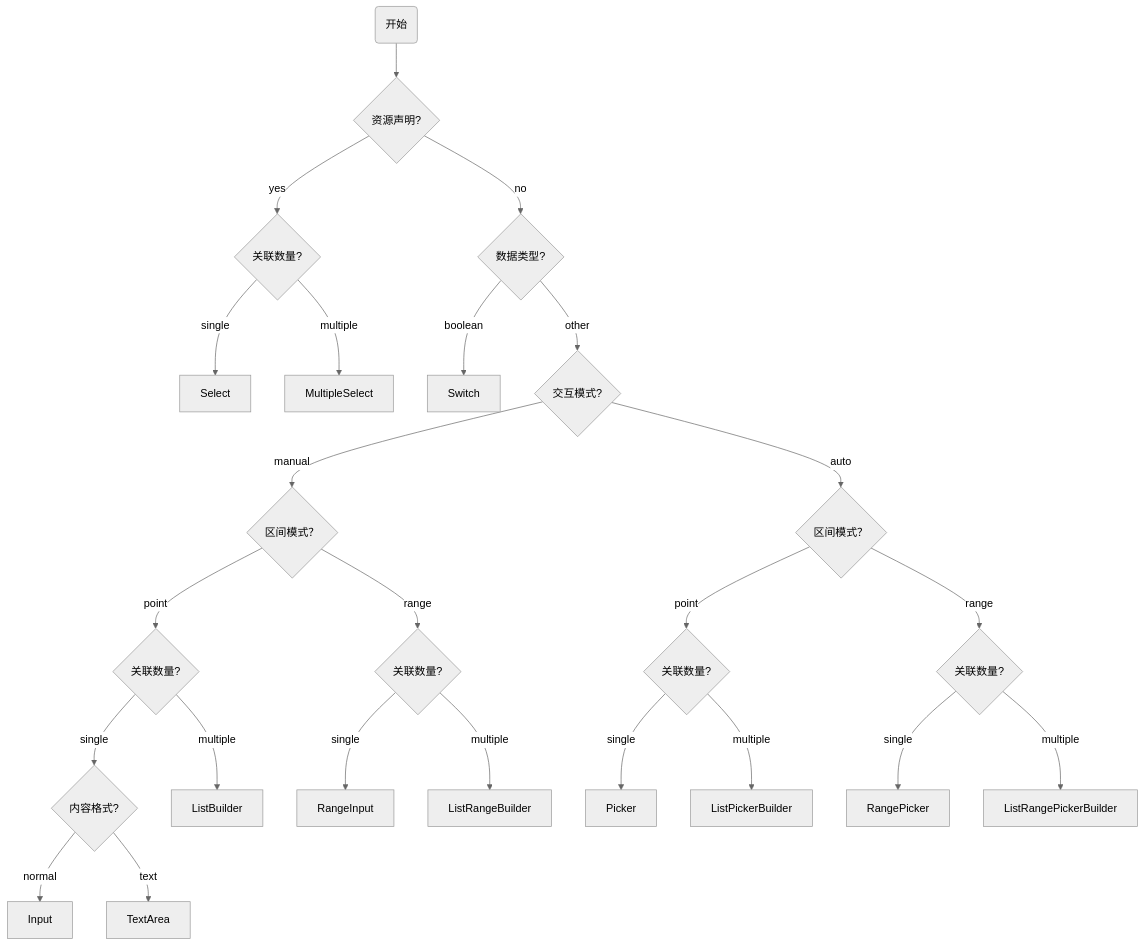
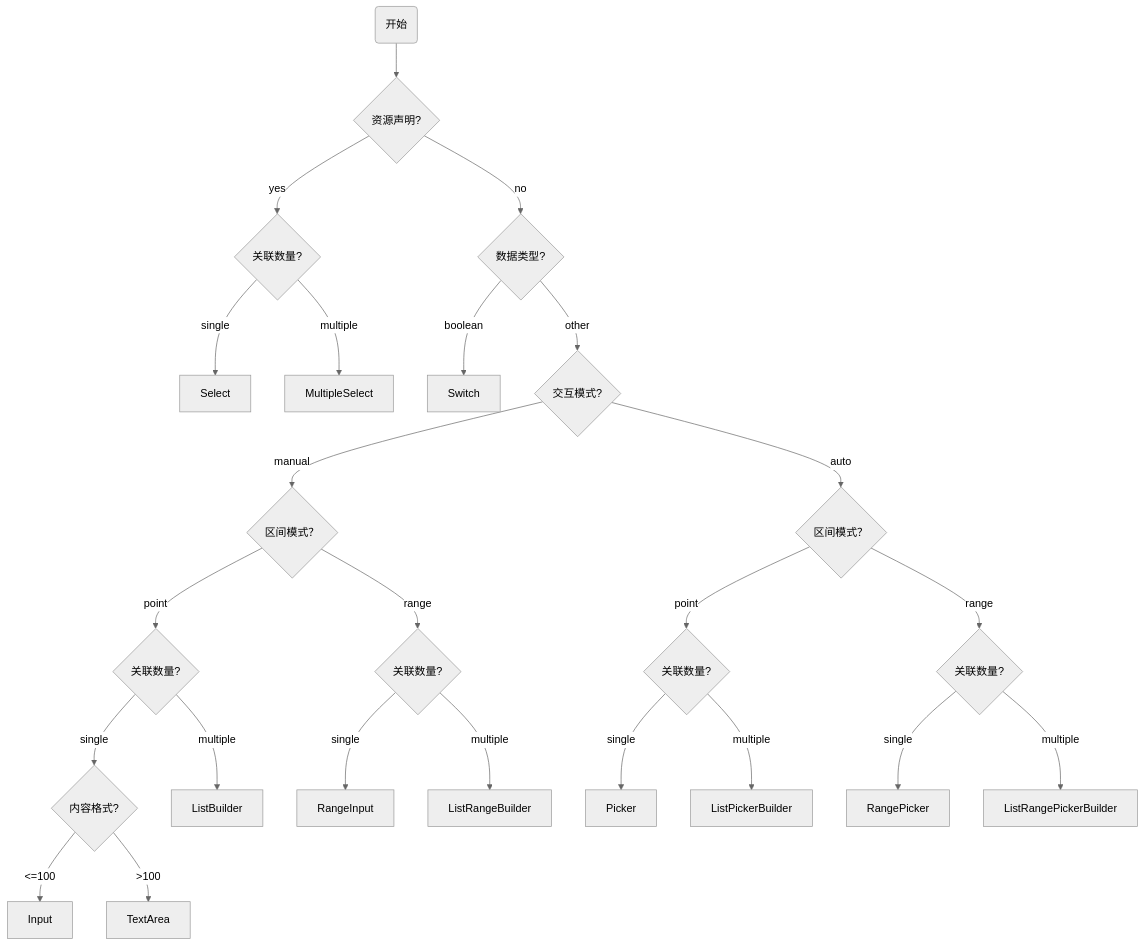
The diagram in specs/spec.md (huang-xiao-jian/themis), drawn with Mermaid (neutral theme) before and after one commit. The commit also changed other lines of this file and 2 other files, not shown here.

````diff
--- a/specs/spec.md
+++ b/specs/spec.md
@@ -184,45 +190,45 @@
 ```mermaid
 graph TD
     Start(开始) --> CheckResource{资源声明?}
 
     %% 受限选项
     CheckResource -- "yes" --> CheckResourceQuantity{关联数量?}
     CheckResourceQuantity -- "single" --> SingleResourceCase[Select]
     CheckResourceQuantity -- "multiple" --> MultipleResourceCase[MultipleSelect]
 
     %% 非受限选项
     CheckResource -- "no" --> CheckDataType{数据类型?}
 
     %% boolean 类型
     CheckDataType -- "boolean" --> SwitchCase[Switch]
 
     %% string 类型
     CheckDataType -- "other" --> CheckPromptMode{交互模式?}
 
     CheckPromptMode -- "manual" --> CheckManualMode{区间模式？}
     CheckPromptMode -- "auto" --> CheckAutoMode{区间模式？}
 
     CheckManualMode -- "point" --> CheckManualPointQuantity{关联数量?}
     CheckManualMode -- "range" --> CheckManualRangeQuantity{关联数量?}
 
     %% string + point
-    CheckManualPointQuantity -- "single" --> CheckManualPointSingleFormat{内容格式?}
+    CheckManualPointQuantity -- "single" --> CheckManualPointSingleLength{内容格式?}
     CheckManualPointQuantity -- "multiple" --> ListBuilderCase[ListBuilder]
 
     %% string + point + single
-    CheckManualPointSingleFormat -- "normal" --> InputCase[Input]
-    CheckManualPointSingleFormat -- "text" --> TextAreaCase[TextArea]
+    CheckManualPointSingleLength -- "<=100" --> InputCase[Input]
+    CheckManualPointSingleLength -- ">100" --> TextAreaCase[TextArea]
 
     CheckManualRangeQuantity -- "single" --> RangeInputCase[RangeInput]
     CheckManualRangeQuantity -- "multiple" --> ListRangeBuilderCase[ListRangeBuilder]
 
     CheckAutoMode -- "point" --> CheckAutoPointQuantity{关联数量?}
     CheckAutoMode -- "range" --> CheckAutoRangeQuantity{关联数量?}
 
     %% point
     CheckAutoPointQuantity -- "single" --> PickerCase[Picker]
     CheckAutoPointQuantity -- "multiple" --> ListPickerBuilderCase[ListPickerBuilder]
 
     CheckAutoRangeQuantity -- "single" --> RangePickerCase[RangePicker]
     CheckAutoRangeQuantity -- "multiple" --> ListRangePickerBuilderCase[ListRangePickerBuilder]
 ```
````
